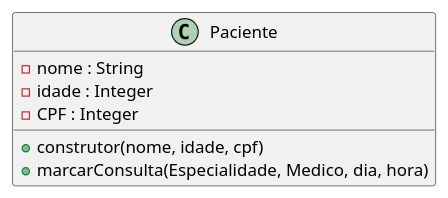
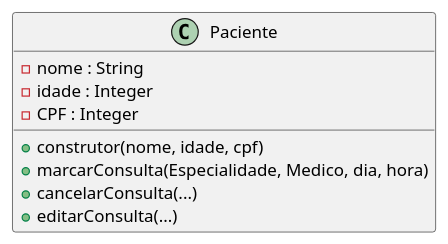
Before and after one commit to anleaes/2022-1-N2-POO-03: the diagram in diagrama.plantuml, drawn with PlantUML.

Commit message:
criado função cancelarConsulta( sem parametros, por enquanto) editarConsulta( sem parametros, por enquanto)

```diff
--- a/diagrama.plantuml
+++ b/diagrama.plantuml
@@ -1,11 +1,13 @@
 @startuml Gerenciamento de Exames Medicos
 
     class Paciente{
         - nome : String
         - idade : Integer
         - CPF : Integer
         + construtor(nome, idade, cpf)
         + marcarConsulta(Especialidade, Medico, dia, hora)
+        + cancelarConsulta(...)
+        + editarConsulta(...)
     }
 
 @enduml
```
